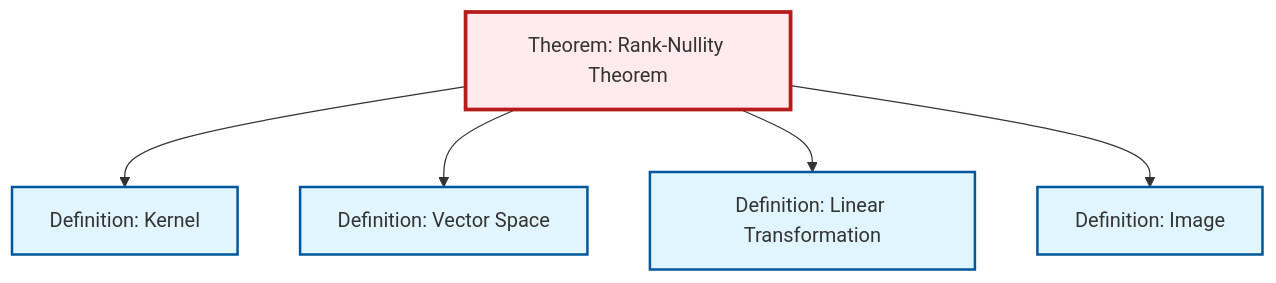
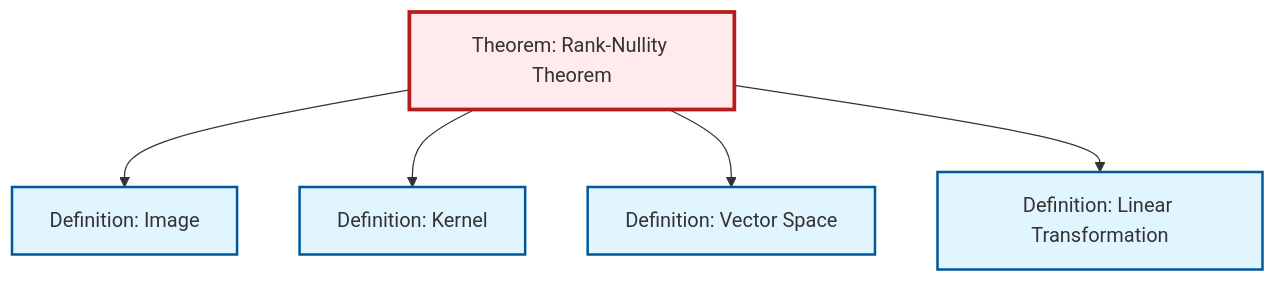
Before and after one commit to RK0429/ModernMath: the diagram in content/en/algebra/thm-rank-nullity.qmd, drawn with Mermaid. The commit also changed other lines of this file and 531 other files, not shown here.

````diff
--- a/content/en/algebra/thm-rank-nullity.qmd
+++ b/content/en/algebra/thm-rank-nullity.qmd
@@ -55,23 +55,23 @@
 ```{mermaid}
 %%| fig-cap: "Local dependency graph"
 graph TD
     classDef definition fill:#e1f5fe,stroke:#01579b,stroke-width:2px
     classDef theorem fill:#f3e5f5,stroke:#4a148c,stroke-width:2px
     classDef axiom fill:#fff3e0,stroke:#e65100,stroke-width:2px
     classDef example fill:#e8f5e9,stroke:#1b5e20,stroke-width:2px
     classDef current fill:#ffebee,stroke:#b71c1c,stroke-width:3px
+    def-image["Definition: Image"]:::definition
+    thm-rank-nullity["Theorem: Rank-Nullity Theorem"]:::theorem
+    def-linear-transformation["Definition: Linear Transformation"]:::definition
+    def-vector-space["Definition: Vector Space"]:::definition
     def-kernel["Definition: Kernel"]:::definition
-    thm-rank-nullity["Theorem: Rank-Nullity Theorem"]:::theorem
-    def-vector-space["Definition: Vector Space"]:::definition
-    def-image["Definition: Image"]:::definition
-    def-linear-transformation["Definition: Linear Transformation"]:::definition
+    thm-rank-nullity --> def-image
     thm-rank-nullity --> def-kernel
     thm-rank-nullity --> def-vector-space
     thm-rank-nullity --> def-linear-transformation
-    thm-rank-nullity --> def-image
     class thm-rank-nullity current
-    click def-kernel "def-kernel.html" "Go to Kernel definition"
-    click def-vector-space "def-vector-space.html" "Go to Vector Space definition"
     click def-image "def-image.html" "Go to Image definition"
     click def-linear-transformation "def-linear-transformation.html" "Go to Linear Transformation definition"
+    click def-vector-space "def-vector-space.html" "Go to Vector Space definition"
+    click def-kernel "def-kernel.html" "Go to Kernel definition"
 ```
````
